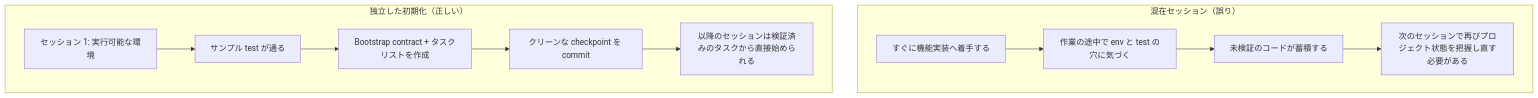
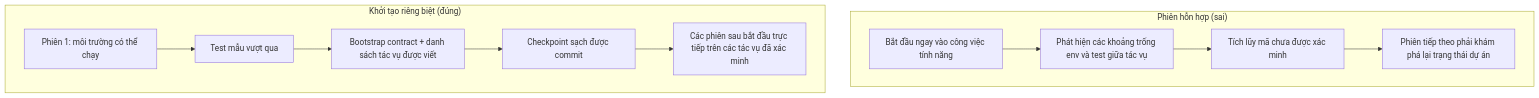
One commit to mkusaka/learn-harness-engineering changed the diagram in docs/vi/lectures/lecture-06-why-initialization-needs-its-own-phase/index.md. Above: the diagram before and after it, drawn with Mermaid. The commit also changed other lines of this file and 684 other files, not shown here.

````diff
--- a/docs/vi/lectures/lecture-06-why-initialization-needs-its-own-phase/index.md
+++ b/docs/vi/lectures/lecture-06-why-initialization-needs-its-own-phase/index.md
@@ -22,15 +22,15 @@
 ```mermaid
 flowchart TB
-    subgraph Wrong["混在セッション（誤り）"]
-        W1["すぐに機能実装へ着手する"] --> W2["作業の途中で env と test の穴に気づく"]
-        W2 --> W3["未検証のコードが蓄積する"]
-        W3 --> W4["次のセッションで再びプロジェクト状態を把握し直す必要がある"]
+    subgraph Wrong["Phiên hỗn hợp (sai)"]
+        W1["Bắt đầu ngay vào công việc tính năng"] --> W2["Phát hiện các khoảng trống env và test giữa tác vụ"]
+        W2 --> W3["Tích lũy mã chưa được xác minh"]
+        W3 --> W4["Phiên tiếp theo phải khám phá lại trạng thái dự án"]
     end
 
-    subgraph Right["独立した初期化（正しい）"]
-        R1["セッション 1: 実行可能な環境"] --> R2["サンプル test が通る"]
-        R2 --> R3["Bootstrap contract + タスクリストを作成"]
-        R3 --> R4["クリーンな checkpoint を commit"]
-        R4 --> R5["以降のセッションは検証済みのタスクから直接始められる"]
+    subgraph Right["Khởi tạo riêng biệt (đúng)"]
+        R1["Phiên 1: môi trường có thể chạy"] --> R2["Test mẫu vượt qua"]
+        R2 --> R3["Bootstrap contract + danh sách tác vụ được viết"]
+        R3 --> R4["Checkpoint sạch được commit"]
+        R4 --> R5["Các phiên sau bắt đầu trực tiếp trên các tác vụ đã xác minh"]
     end
 ```
````
